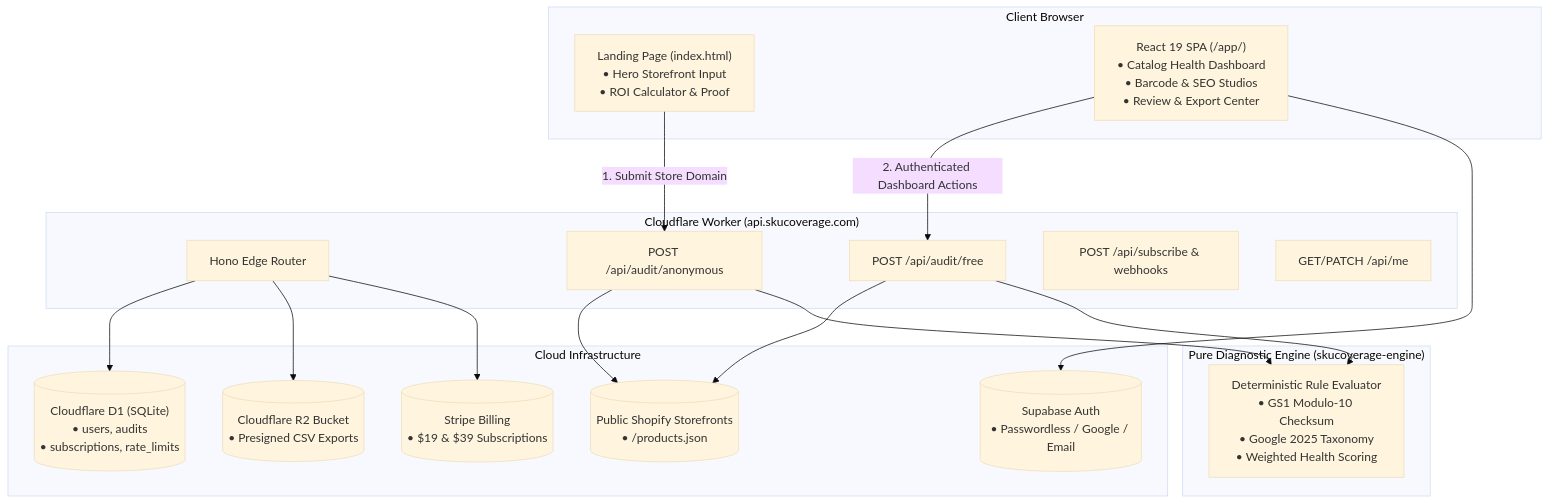
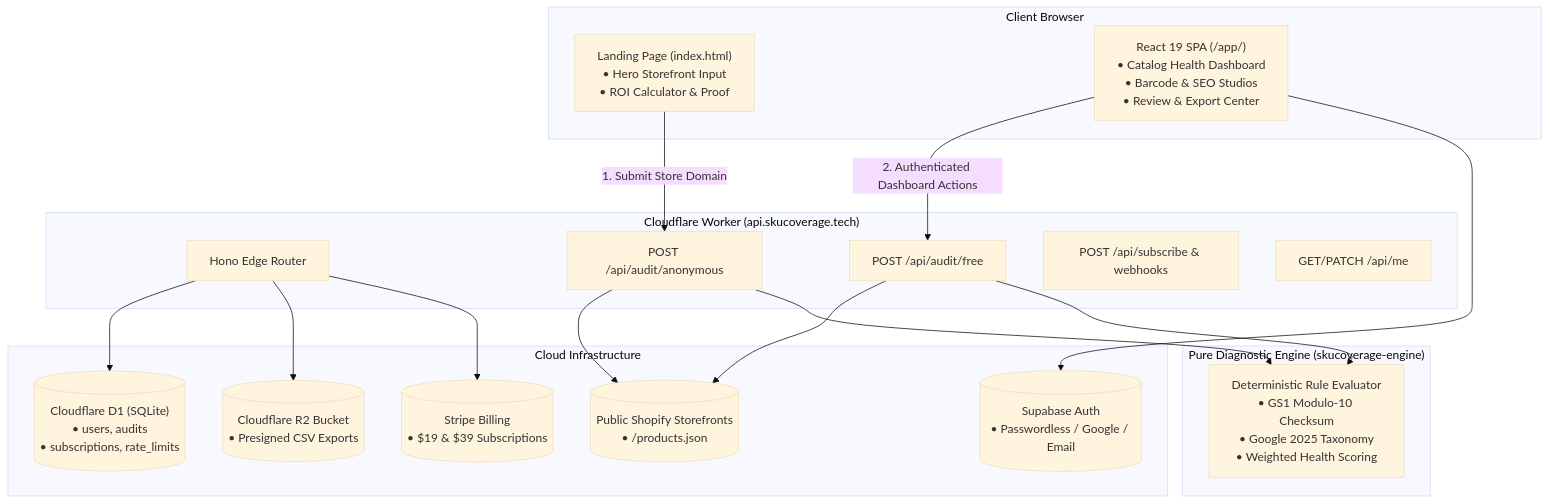
One commit to rifashahath/skucoverage changed the diagram in PROJECT_OVERVIEW.md. Above: the diagram before and after it, drawn with Mermaid (base theme). The commit also changed 18 other files, not shown here.

````diff
--- a/PROJECT_OVERVIEW.md
+++ b/PROJECT_OVERVIEW.md
@@ -60,38 +60,38 @@
 ```mermaid
 graph TD
     subgraph Client["Client Browser"]
         Landing["Landing Page (index.html)<br/>• Hero Storefront Input<br/>• ROI Calculator & Proof"]
         SPA["React 19 SPA (/app/)<br/>• Catalog Health Dashboard<br/>• Barcode & SEO Studios<br/>• Review & Export Center"]
     end
 
-    subgraph EdgeWorker["Cloudflare Worker (api.skucoverage.com)"]
+    subgraph EdgeWorker["Cloudflare Worker (api.skucoverage.tech)"]
         HonoApp["Hono Edge Router"]
         AnonEndpoint["POST /api/audit/anonymous"]
         AuthEndpoint["POST /api/audit/free"]
         StripeEndpoint["POST /api/subscribe & webhooks"]
         UserEndpoint["GET/PATCH /api/me"]
     end
 
     subgraph EngineModule["Pure Diagnostic Engine (skucoverage-engine)"]
         Engine["Deterministic Rule Evaluator<br/>• GS1 Modulo-10 Checksum<br/>• Google 2025 Taxonomy<br/>• Weighted Health Scoring"]
     end
 
     subgraph CloudInfra["Cloud Infrastructure"]
         D1[("Cloudflare D1 (SQLite)<br/>• users, audits<br/>• subscriptions, rate_limits")]
         R2[("Cloudflare R2 Bucket<br/>• Presigned CSV Exports")]
         SupabaseAuth[("Supabase Auth<br/>• Passwordless / Google / Email")]
         StripeGateway[("Stripe Billing<br/>• $19 & $39 Subscriptions")]
         ShopifyStore[("Public Shopify Storefronts<br/>• /products.json")]
     end
 
     Landing -->|1. Submit Store Domain| AnonEndpoint
     SPA -->|2. Authenticated Dashboard Actions| AuthEndpoint
     AnonEndpoint --> ShopifyStore
     AuthEndpoint --> ShopifyStore
     AnonEndpoint --> Engine
     AuthEndpoint --> Engine
     HonoApp --> D1
     HonoApp --> R2
     HonoApp --> StripeGateway
     SPA --> SupabaseAuth
 ```
````
